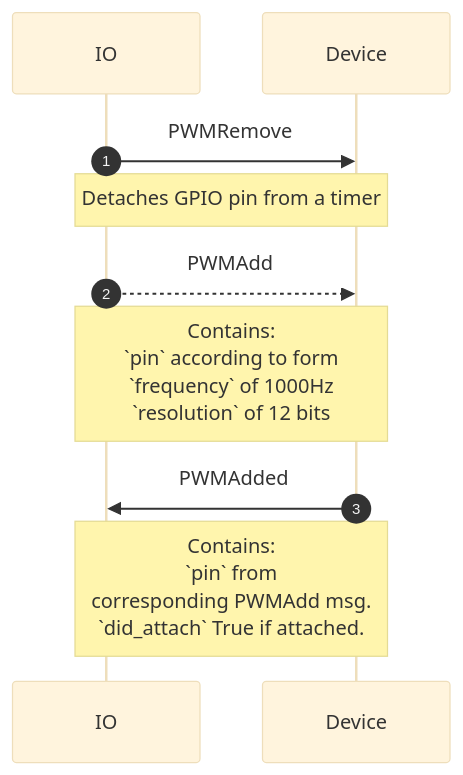
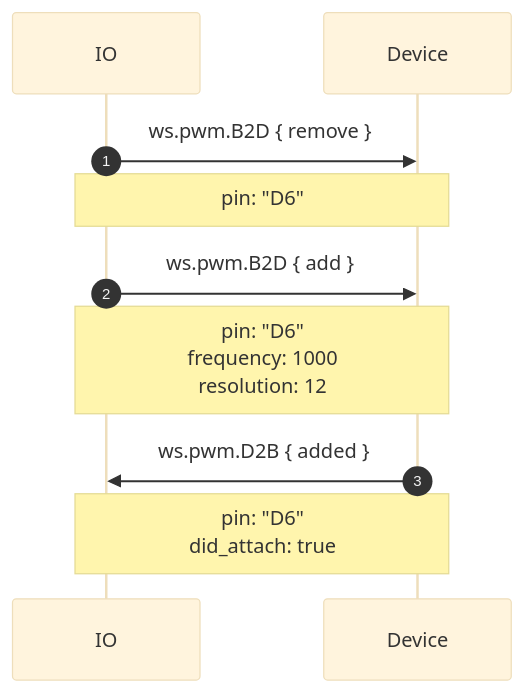
Before and after one commit to adafruit/Wippersnapper_Protobuf: the eighth of 10 diagrams in proto/wippersnapper/docs/pwm.md, drawn with Mermaid (base theme). The commit also changed other lines of this file and 10 other files, not shown here.

````diff
--- a/proto/wippersnapper/docs/pwm.md
+++ b/proto/wippersnapper/docs/pwm.md
@@ -101,12 +135,12 @@
 ```mermaid
 sequenceDiagram
 autonumber
-IO->>Device: PWMRemove
-Note over IO, Device: Detaches GPIO pin from a timer
+IO->>Device: ws.pwm.B2D { remove }
+Note over IO, Device: pin: "D6"
 
-IO-->>Device: PWMAdd
-Note over IO, Device: Contains:<br> `pin` according to form<br>`frequency` of 1000Hz<br> `resolution` of 12 bits
+IO->>Device: ws.pwm.B2D { add }
+Note over IO, Device: pin: "D6"<br/>frequency: 1000<br/>resolution: 12
 
-Device->>IO: PWMAdded
-Note over IO, Device: Contains:<br> `pin` from <br>corresponding PWMAdd msg. <br>`did_attach` True if attached.
+Device->>IO: ws.pwm.D2B { added }
+Note over IO, Device: pin: "D6"<br/>did_attach: true
 ```
````
